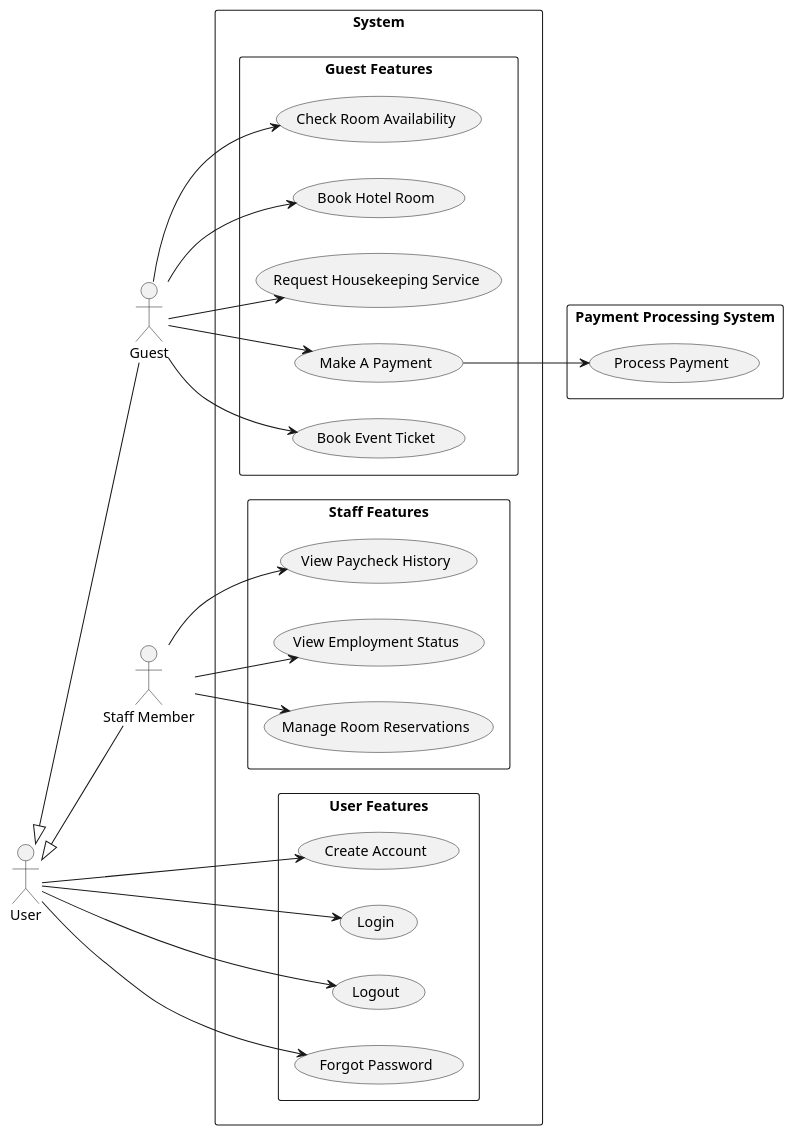
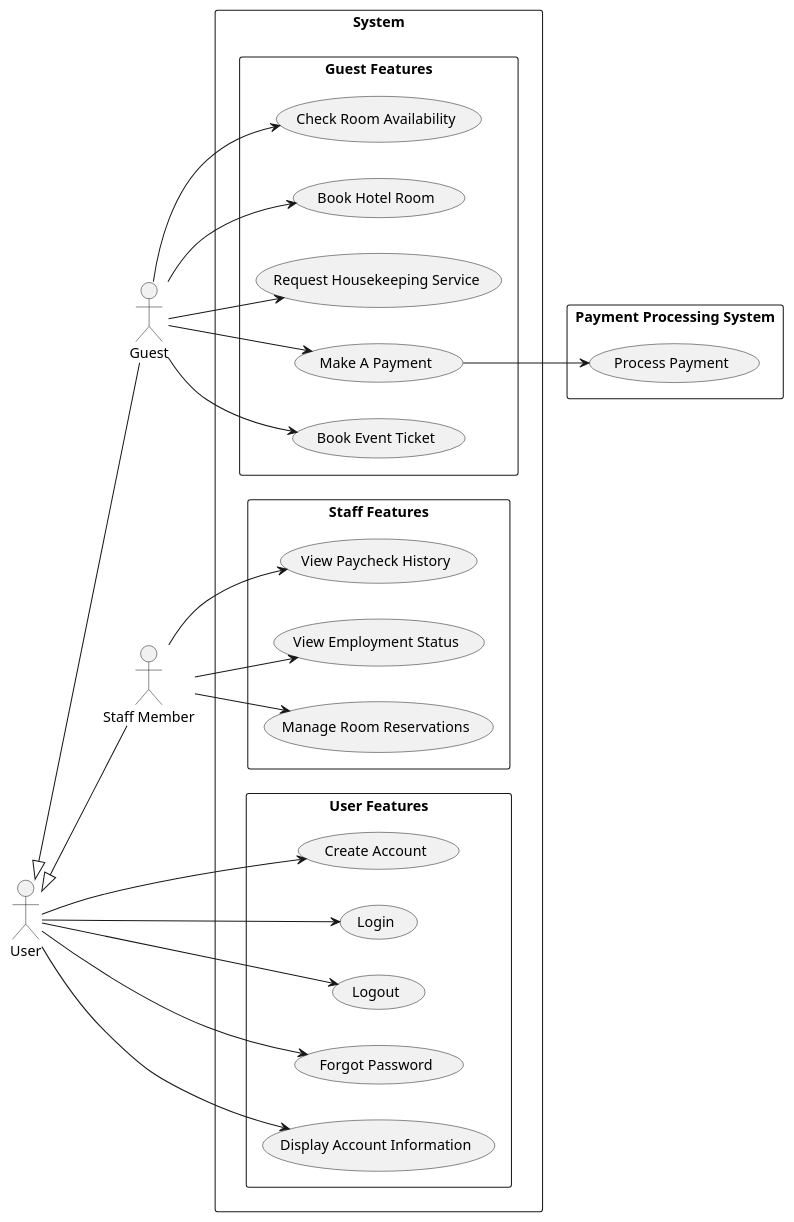
The diagram in hotel_mgmt_sys/docs/use_cases/UseCaseDiagram.puml (shahdhoss/hotel_mgmt_system), drawn with PlantUML before and after one commit. The commit also changed 5 other files, not shown here.

```diff
--- a/hotel_mgmt_sys/docs/use_cases/UseCaseDiagram.puml
+++ b/hotel_mgmt_sys/docs/use_cases/UseCaseDiagram.puml
@@ -1,54 +1,56 @@
 @startuml
 left to right direction
 
 actor Guest as guest
 actor "Staff Member" as staff
 
 User <|-- guest
 User <|-- staff
 
 rectangle "System" as main_system {
     rectangle "User Features" {
         usecase "Create Account" as uc1
         usecase "Login" as uc2
         usecase "Logout" as uc3
         usecase "Forgot Password" as uc4
+        usecase "Display Account Information" as uc17
     }
 
     rectangle "Staff Features" {
         usecase "View Paycheck History" as uc5
         usecase "View Employment Status" as uc6
         usecase "Manage Room Reservations" as uc7
     }
 
 
     rectangle "Guest Features" {
         usecase "Check Room Availability" as uc12
         usecase "Book Hotel Room" as uc13
         usecase "Request Housekeeping Service" as uc14
         usecase "Make A Payment" as uc15
         usecase "Book Event Ticket" as uc16
     }
 }
 
 rectangle "Payment Processing System" as pps {
     usecase "Process Payment" as uc_payment
 }
 
 User --> uc1
 User --> uc2
 User --> uc3
 User --> uc4
+User --> uc17
 
 staff --> uc5
 staff--> uc6
 staff --> uc7
 
 guest --> uc12
 guest --> uc13
 guest --> uc14
 guest --> uc15
 guest --> uc16
 
 uc15 --> uc_payment
 @enduml
```
